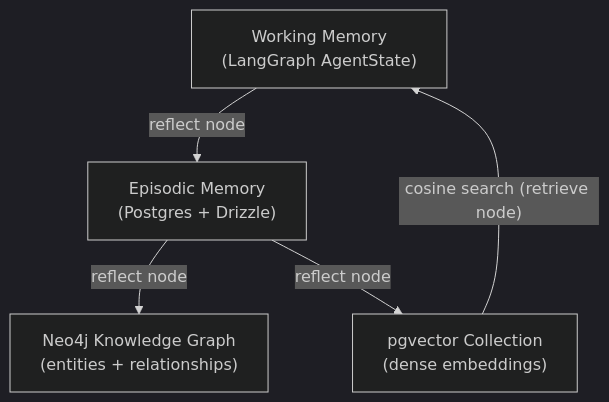
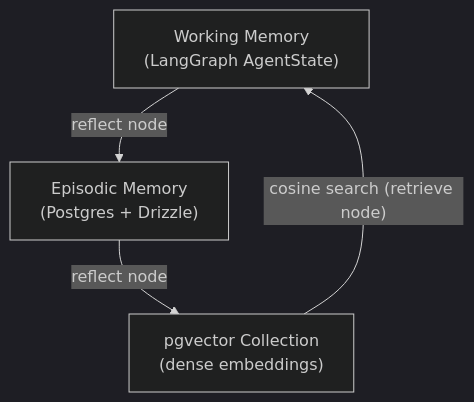
One commit to maxmillienjr/agent-native-monorepo changed the third of 3 diagrams in README.md. Above: the diagram before and after it, drawn with Mermaid (dark theme). The commit also changed other lines of this file and 4 other files, not shown here.

First line of the commit message:
docs: reflect writes one semantic index, and the graph is written by no run

````diff
--- a/README.md
+++ b/README.md
@@ -61,12 +61,10 @@
 ```mermaid
 graph TD
     WM["Working Memory<br/>(LangGraph AgentState)"]
     EM["Episodic Memory<br/>(Postgres + Drizzle)"]
-    Neo4j["Neo4j Knowledge Graph<br/>(entities + relationships)"]
     PGV["pgvector Collection<br/>(dense embeddings)"]
 
     WM -->|"reflect node"| EM
-    EM -->|"reflect node"| Neo4j
     EM -->|"reflect node"| PGV
     PGV -->|"cosine search (retrieve node)"| WM
 ```
````
